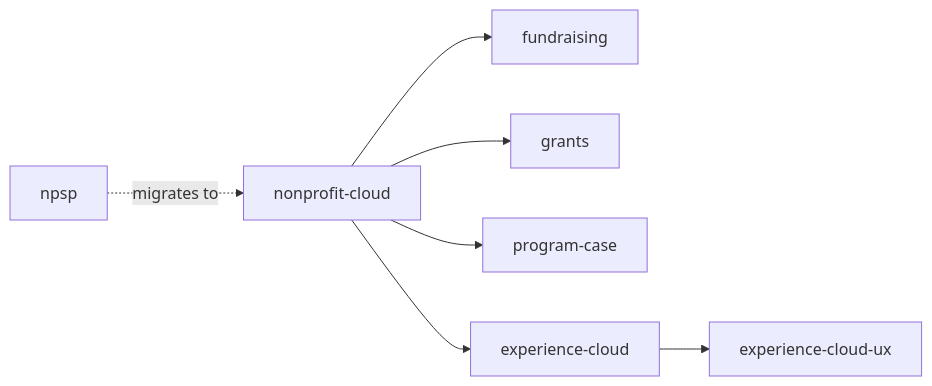
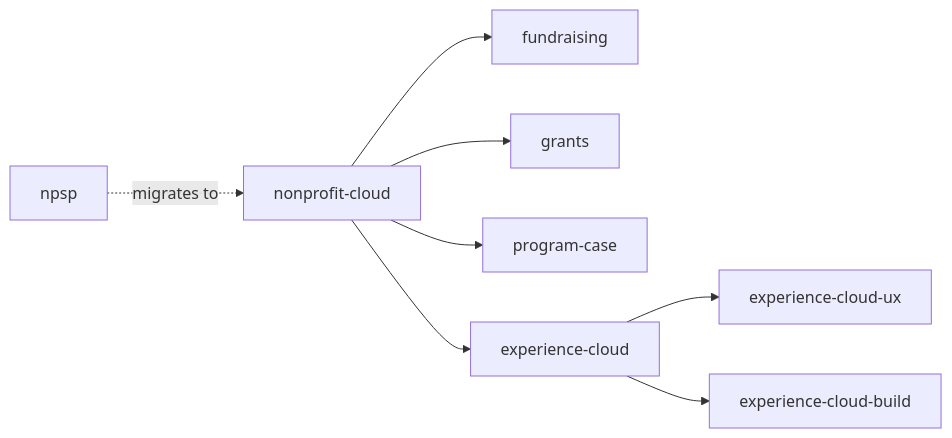
Before and after one commit to bmillersf/NGOSkills: the sixth of 6 diagrams in README.md, drawn with Mermaid. The commit also changed other lines of this file and 4 other files, not shown here.

First line of the commit message:
Add sf-nonprofit-experience-cloud-build skill

````diff
--- a/README.md
+++ b/README.md
@@ -368,6 +368,7 @@
 ```mermaid
 flowchart LR
     NPC[nonprofit-cloud] --> NPF[fundraising] & NPG[grants] & NPPC[program-case]
     NPC --> NPEC[experience-cloud] --> NPUX[experience-cloud-ux]
+    NPEC --> NPBUILD[experience-cloud-build]
     NPSP[npsp] -.->|migrates to| NPC
 ```
````
